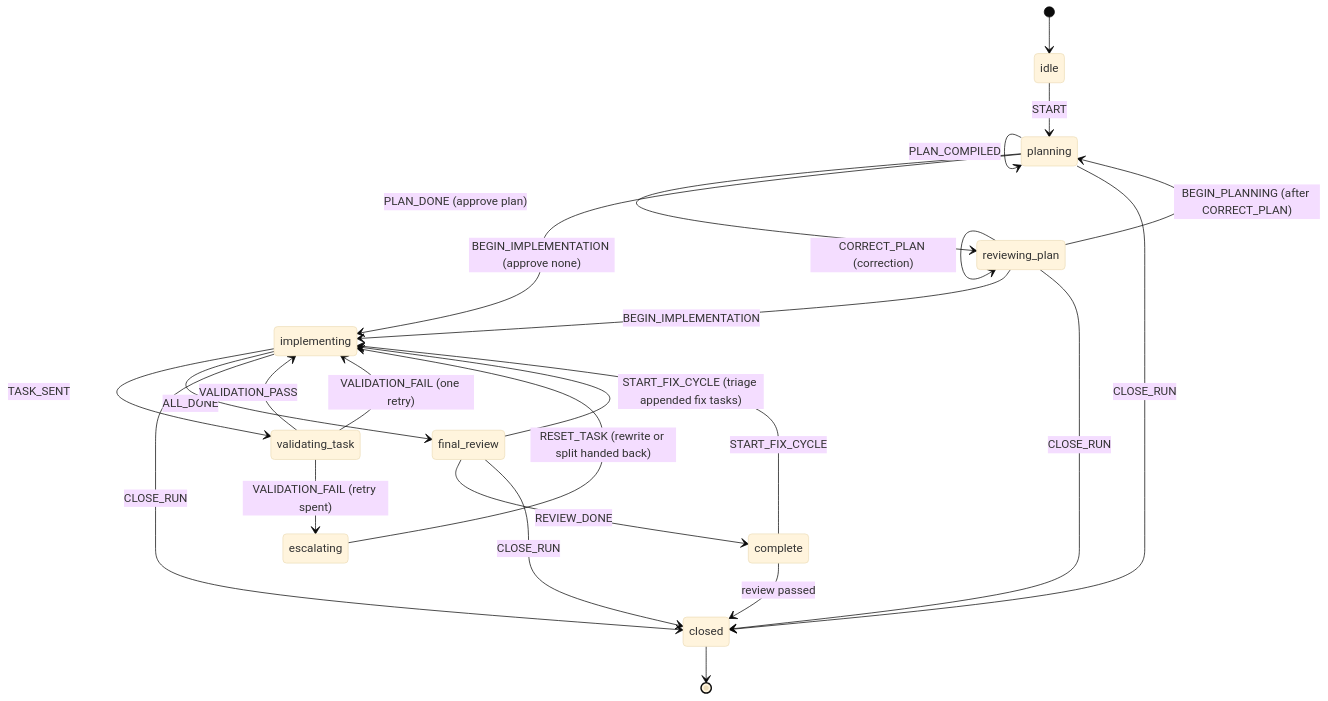
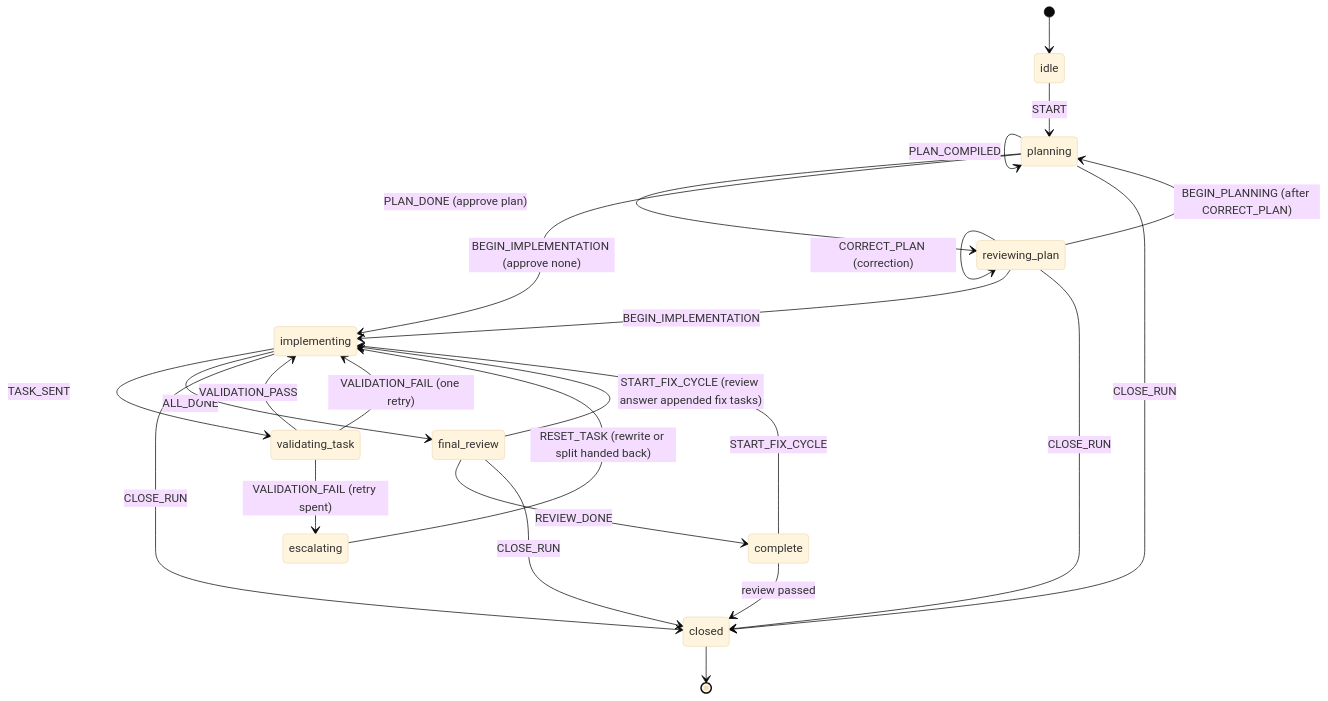
The diagram in docs/WORKFLOW.md (b4r7x/splitbrief), drawn with Mermaid (base theme) before and after one commit. The commit also changed other lines of this file and 136 other files, not shown here.

Commit message:
drop the run-start suite and planner triage

````diff
--- a/docs/WORKFLOW.md
+++ b/docs/WORKFLOW.md
@@ -43,34 +43,34 @@
 ```mermaid
 stateDiagram-v2
     [*] --> idle
     idle --> planning : START
 
     planning --> planning : PLAN_COMPILED
     planning --> reviewing_plan : PLAN_DONE (approve plan)
     planning --> implementing : BEGIN_IMPLEMENTATION (approve none)
 
     reviewing_plan --> reviewing_plan : PLAN_COMPILED (edit)
     reviewing_plan --> reviewing_plan : CORRECT_PLAN (correction)
     reviewing_plan --> planning : BEGIN_PLANNING (after CORRECT_PLAN)
     reviewing_plan --> implementing : BEGIN_IMPLEMENTATION
 
     implementing --> validating_task : TASK_SENT
     implementing --> final_review : ALL_DONE
 
     validating_task --> implementing : VALIDATION_PASS
     validating_task --> implementing : VALIDATION_FAIL (one retry)
     validating_task --> escalating : VALIDATION_FAIL (retry spent)
 
     escalating --> implementing : RESET_TASK (rewrite or split handed back)
 
-    final_review --> implementing : START_FIX_CYCLE (triage appended fix tasks)
+    final_review --> implementing : START_FIX_CYCLE (review answer appended fix tasks)
     complete --> implementing : START_FIX_CYCLE
     final_review --> complete : REVIEW_DONE
 
     complete --> closed : review passed
     planning --> closed : CLOSE_RUN
     reviewing_plan --> closed : CLOSE_RUN
     implementing --> closed : CLOSE_RUN
     final_review --> closed : CLOSE_RUN
     closed --> [*]
 ```
````
